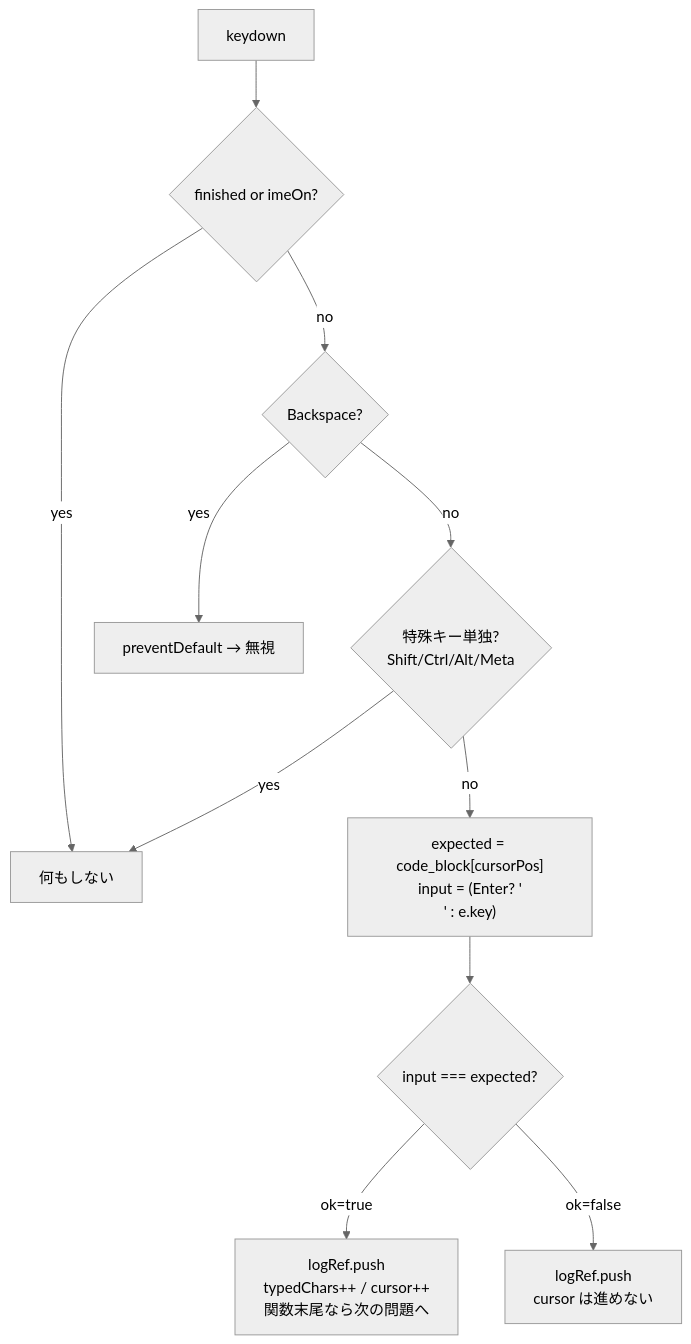
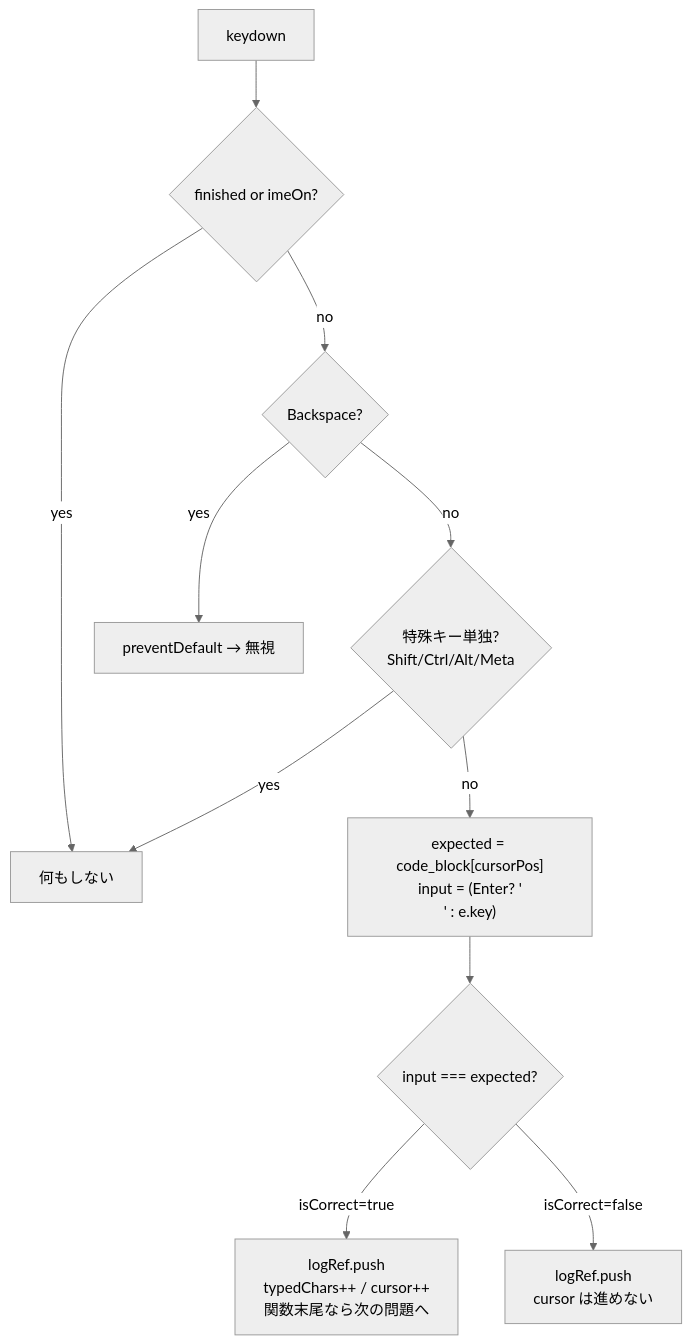
One commit to kentakki416/typing-royale changed the second of 4 diagrams in docs/spec/typing-engine/step4-web-language-select-and-play.md. Above: the diagram before and after it, drawn with Mermaid (neutral theme). The commit also changed other lines of this file and 13 other files, not shown here.

````diff
--- a/docs/spec/typing-engine/step4-web-language-select-and-play.md
+++ b/docs/spec/typing-engine/step4-web-language-select-and-play.md
@@ -92,13 +92,13 @@
 ```mermaid
 flowchart TD
     KD[keydown] --> F1{finished or imeOn?}
     F1 -->|yes| END[何もしない]
     F1 -->|no| F2{Backspace?}
     F2 -->|yes| PD1[preventDefault → 無視]
     F2 -->|no| F3{特殊キー単独?<br/>Shift/Ctrl/Alt/Meta}
     F3 -->|yes| END
     F3 -->|no| F4["expected = code_block[cursorPos]<br/>input = (Enter? '\n' : e.key)"]
     F4 --> F5{input === expected?}
-    F5 -->|ok=true| OK[logRef.push<br/>typedChars++ / cursor++<br/>関数末尾なら次の問題へ]
-    F5 -->|ok=false| NG[logRef.push<br/>cursor は進めない]
+    F5 -->|isCorrect=true| OK[logRef.push<br/>typedChars++ / cursor++<br/>関数末尾なら次の問題へ]
+    F5 -->|isCorrect=false| NG[logRef.push<br/>cursor は進めない]
 ```
````
